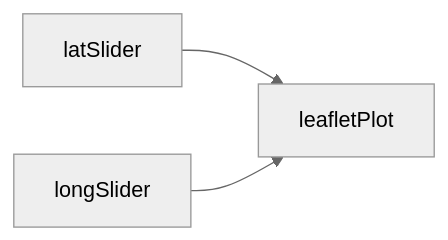
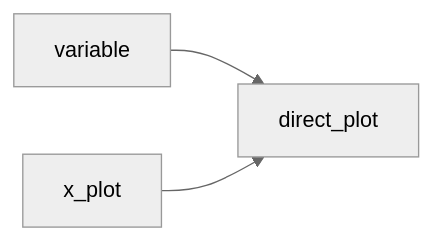
One commit to laderast/shinyowl changed the first of 6 diagrams in reactives/reactive_programming.qmd. Above: the diagram before and after it, drawn with Mermaid (neutral theme). The commit also changed other lines of this file and 21 other files, not shown here.

````diff
--- a/reactives/reactive_programming.qmd
+++ b/reactives/reactive_programming.qmd
@@ -21,6 +13,6 @@
 ```{mermaid}
 flowchart LR
-    B[latSlider] --> E
-    C[longSlider] --> E
-    E[leafletPlot]
+    B[variable] --> E
+    C[x_plot] --> E
+    E[direct_plot]
 ```
````
